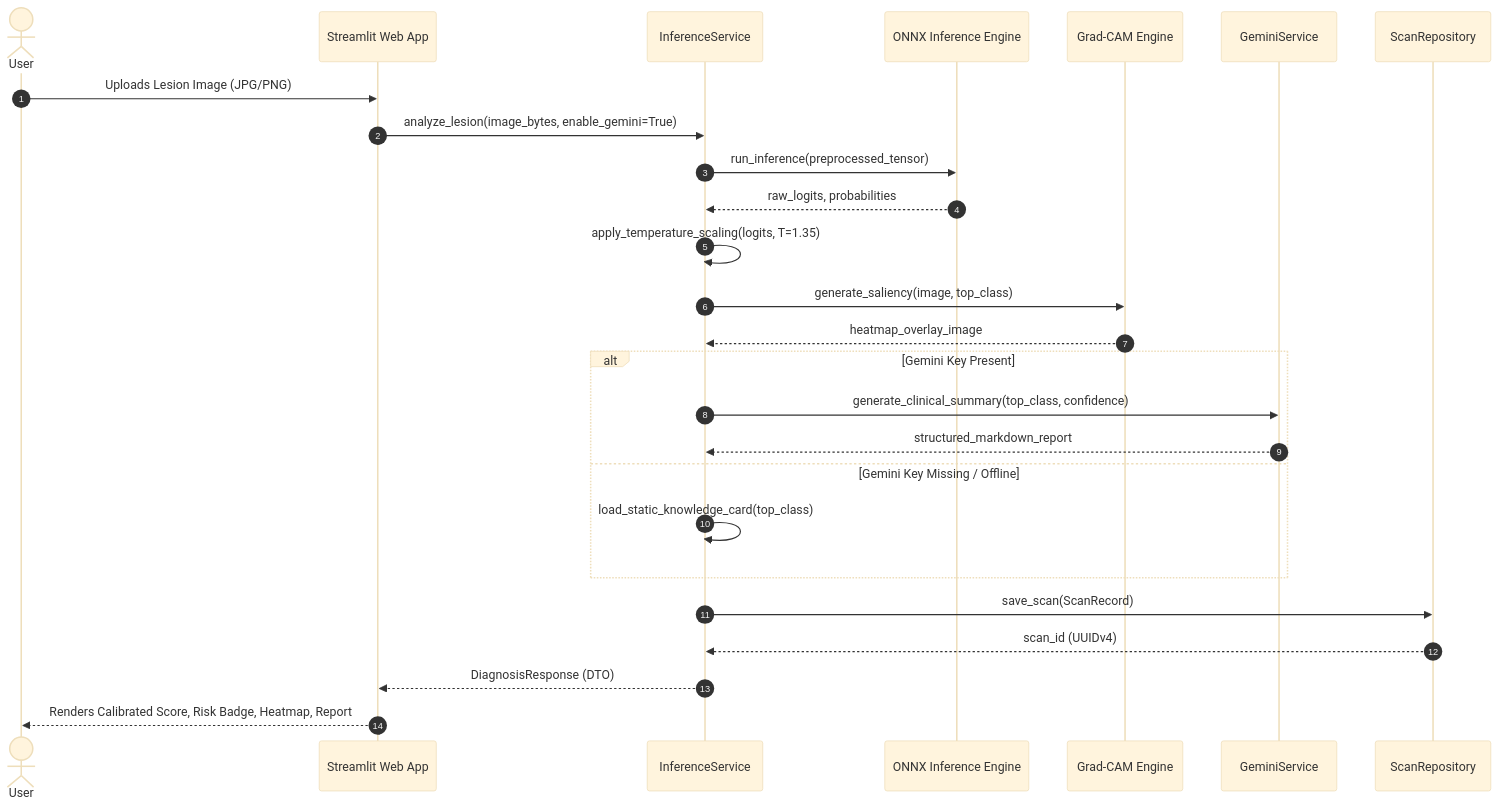
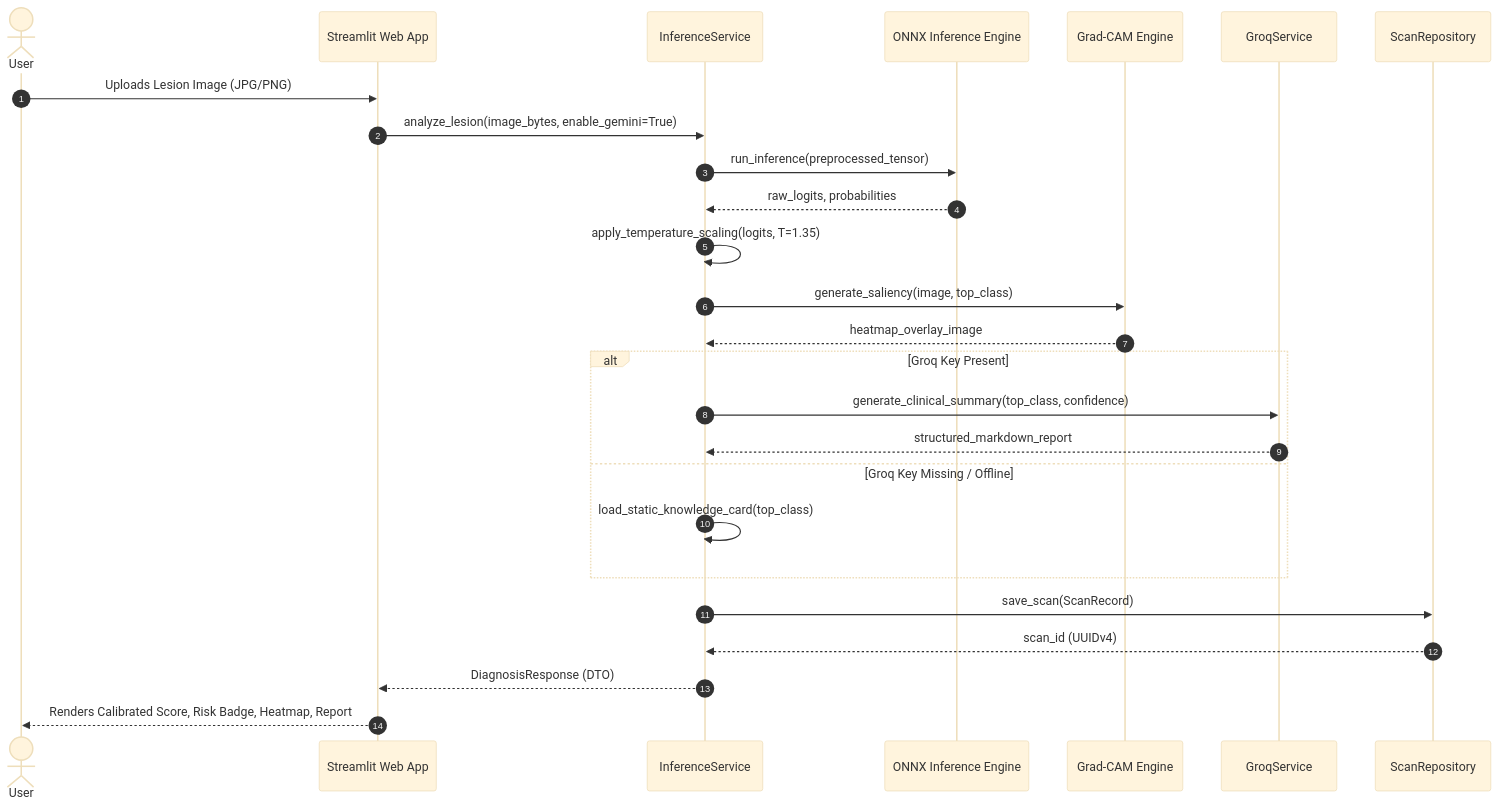
One commit to ashhal-kaleem/ai-derm-assistant changed the diagram in docs/architecture.md. Above: the diagram before and after it, drawn with Mermaid (base theme). The commit also changed other lines of this file and 13 other files, not shown here.

Commit message:
feat: migrate clinical advisory narrative from Gemini to Groq LPU (llama-3.3-70b-versatile)

````diff
--- a/docs/architecture.md
+++ b/docs/architecture.md
@@ -39,29 +39,29 @@
 ```mermaid
 sequenceDiagram
     autonumber
     actor User
     participant UI as Streamlit Web App
     participant IS as InferenceService
     participant OE as ONNX Inference Engine
     participant GC as Grad-CAM Engine
-    participant GS as GeminiService
+    participant GS as GroqService
     participant DB as ScanRepository
 
     User->>UI: Uploads Lesion Image (JPG/PNG)
     UI->>IS: analyze_lesion(image_bytes, enable_gemini=True)
     IS->>OE: run_inference(preprocessed_tensor)
     OE-->>IS: raw_logits, probabilities
     IS->>IS: apply_temperature_scaling(logits, T=1.35)
     IS->>GC: generate_saliency(image, top_class)
     GC-->>IS: heatmap_overlay_image
-    alt Gemini Key Present
+    alt Groq Key Present
         IS->>GS: generate_clinical_summary(top_class, confidence)
         GS-->>IS: structured_markdown_report
-    else Gemini Key Missing / Offline
+    else Groq Key Missing / Offline
         IS->>IS: load_static_knowledge_card(top_class)
     end
     IS->>DB: save_scan(ScanRecord)
     DB-->>IS: scan_id (UUIDv4)
     IS-->>UI: DiagnosisResponse (DTO)
     UI-->>User: Renders Calibrated Score, Risk Badge, Heatmap, Report
 ```
````
